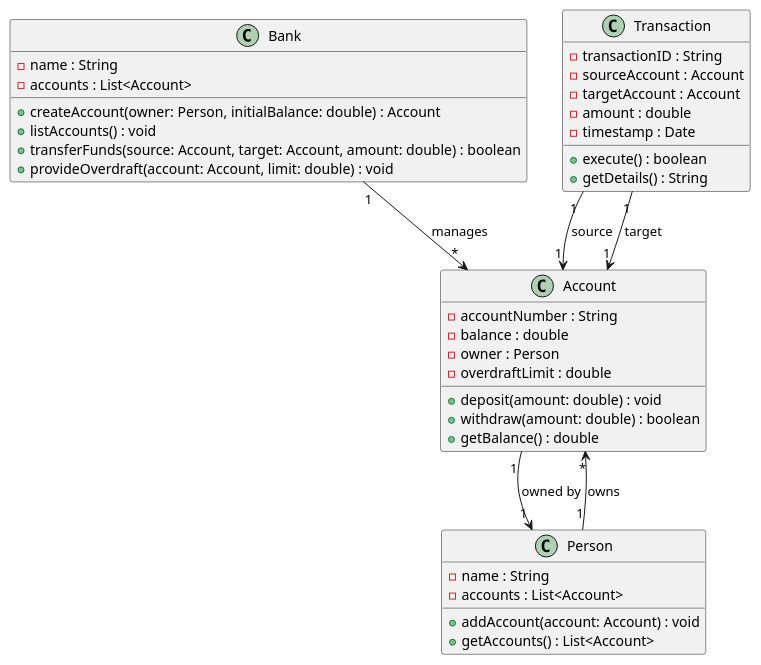
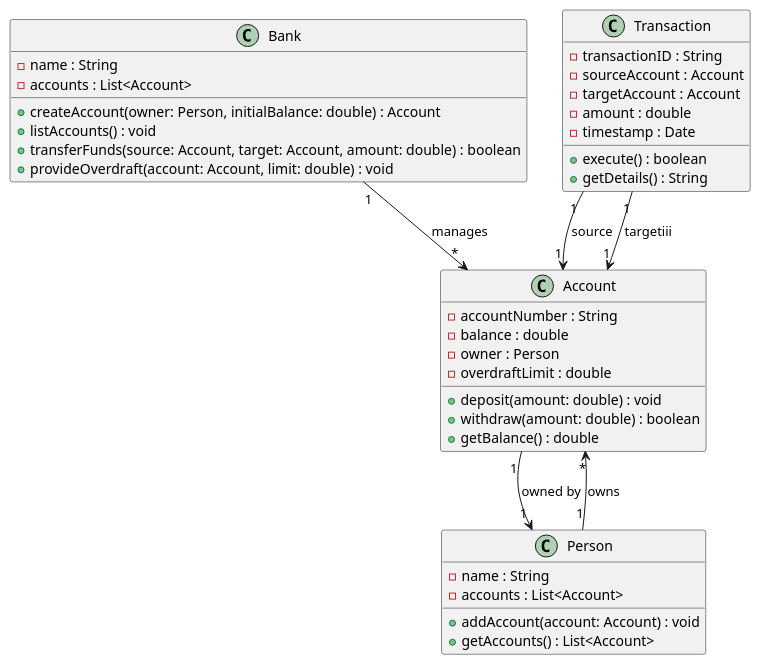
Before and after one commit to pvonahsen/UML_circle: the diagram in docu.puml, drawn with PlantUML.

Commit message:
changed bankiiii

```diff
--- a/docu.puml
+++ b/docu.puml
@@ -1,49 +1,49 @@
 @startuml
 
 class Bank {
     - name : String
     - accounts : List<Account>
     
     + createAccount(owner: Person, initialBalance: double) : Account
     + listAccounts() : void
     + transferFunds(source: Account, target: Account, amount: double) : boolean
     + provideOverdraft(account: Account, limit: double) : void
 }
 
 class Account {
     - accountNumber : String
     - balance : double
     - owner : Person
     - overdraftLimit : double
     
     + deposit(amount: double) : void
     + withdraw(amount: double) : boolean
     + getBalance() : double
 }
 
 class Person {
     - name : String
     - accounts : List<Account>
     
     + addAccount(account: Account) : void
     + getAccounts() : List<Account>
 }
 
 class Transaction {
     - transactionID : String
     - sourceAccount : Account
     - targetAccount : Account
     - amount : double
     - timestamp : Date
     
     + execute() : boolean
     + getDetails() : String
 }
 
 Bank "1" --> "*" Account : manages
 Account "1" --> "1" Person : owned by
 Person "1" --> "*" Account : owns
 Transaction "1" --> "1" Account : source
-Transaction "1" --> "1" Account : target
+Transaction "1" --> "1" Account : targetiii
 
 @enduml
```
